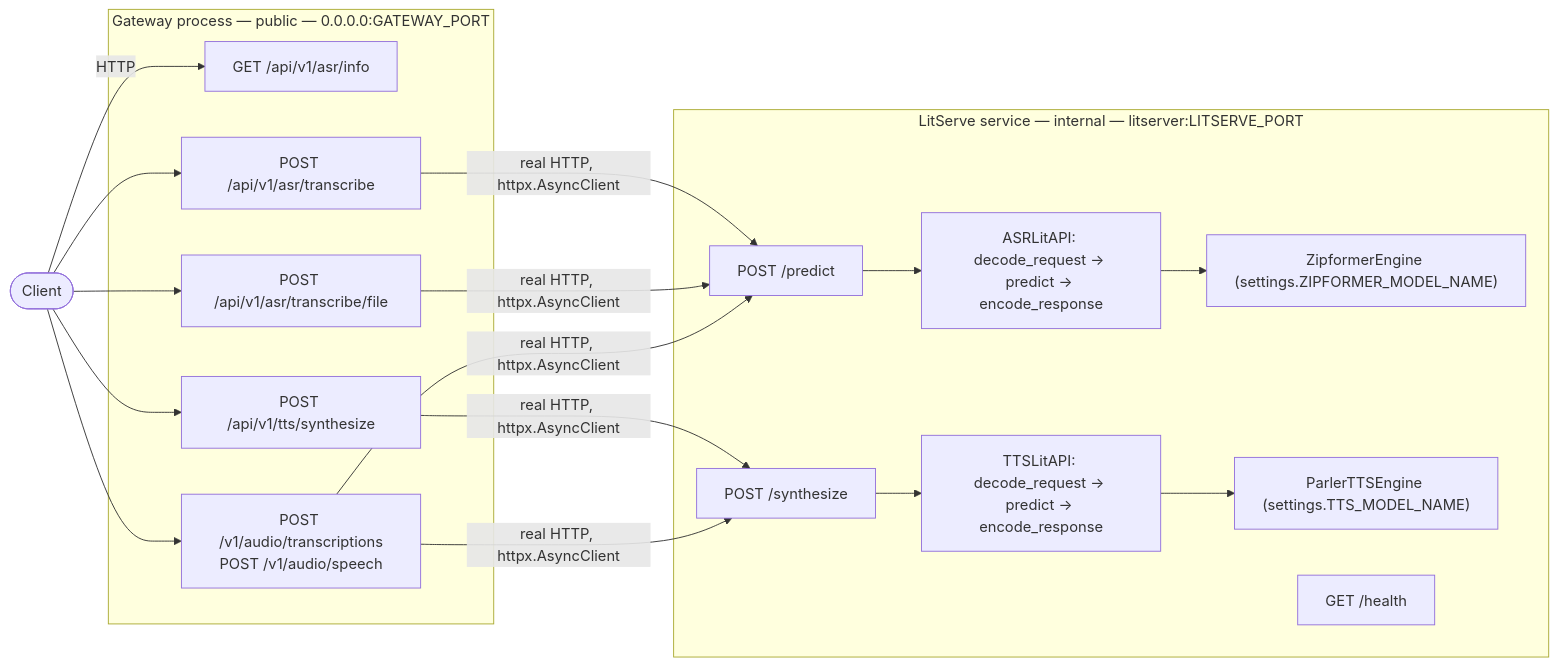
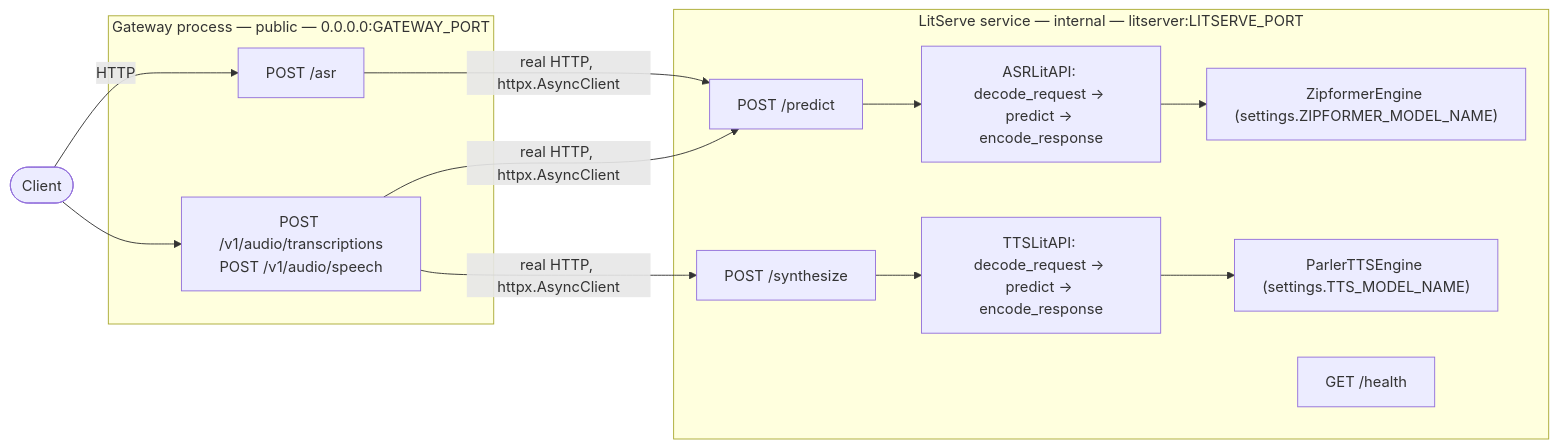
The diagram in README.md (sayed-shaun/ec-asr-tts-service), drawn with Mermaid before and after one commit. The commit also changed other lines of this file and 6 other files, not shown here.

First line of the commit message:
Mirror the Java ASR schema and reduce the gateway to three routes

````diff
--- a/README.md
+++ b/README.md
@@ -99,36 +99,28 @@
 ```mermaid
 flowchart LR
     Client(["Client"])
 
     subgraph Gateway["Gateway process — public — 0.0.0.0:GATEWAY_PORT"]
-        Info["GET /api/v1/asr/info"]
-        Transcribe["POST /api/v1/asr/transcribe"]
-        File["POST /api/v1/asr/transcribe/file"]
-        Speak["POST /api/v1/tts/synthesize"]
+        Asr["POST /asr"]
         OpenAI["POST /v1/audio/transcriptions<br/>POST /v1/audio/speech"]
     end
 
     subgraph LitServe["LitServe service — internal — litserver:LITSERVE_PORT"]
         Predict["POST /predict"]
         LitAPI["ASRLitAPI: decode_request -> predict -> encode_response"]
         Engine["ZipformerEngine (settings.ZIPFORMER_MODEL_NAME)"]
         Synth["POST /synthesize"]
         TtsAPI["TTSLitAPI: decode_request -> predict -> encode_response"]
         TtsEngine["ParlerTTSEngine (settings.TTS_MODEL_NAME)"]
         Health["GET /health"]
     end
 
-    Client -->|HTTP| Info
-    Client --> Transcribe
-    Client --> File
-    Client --> Speak
+    Client -->|HTTP| Asr
     Client --> OpenAI
 
-    Transcribe -->|real HTTP, httpx.AsyncClient| Predict
-    File -->|real HTTP, httpx.AsyncClient| Predict
-    Speak -->|real HTTP, httpx.AsyncClient| Synth
+    Asr -->|real HTTP, httpx.AsyncClient| Predict
     OpenAI -->|real HTTP, httpx.AsyncClient| Predict
     OpenAI -->|real HTTP, httpx.AsyncClient| Synth
     Predict --> LitAPI --> Engine
     Synth --> TtsAPI --> TtsEngine
 ```
````
